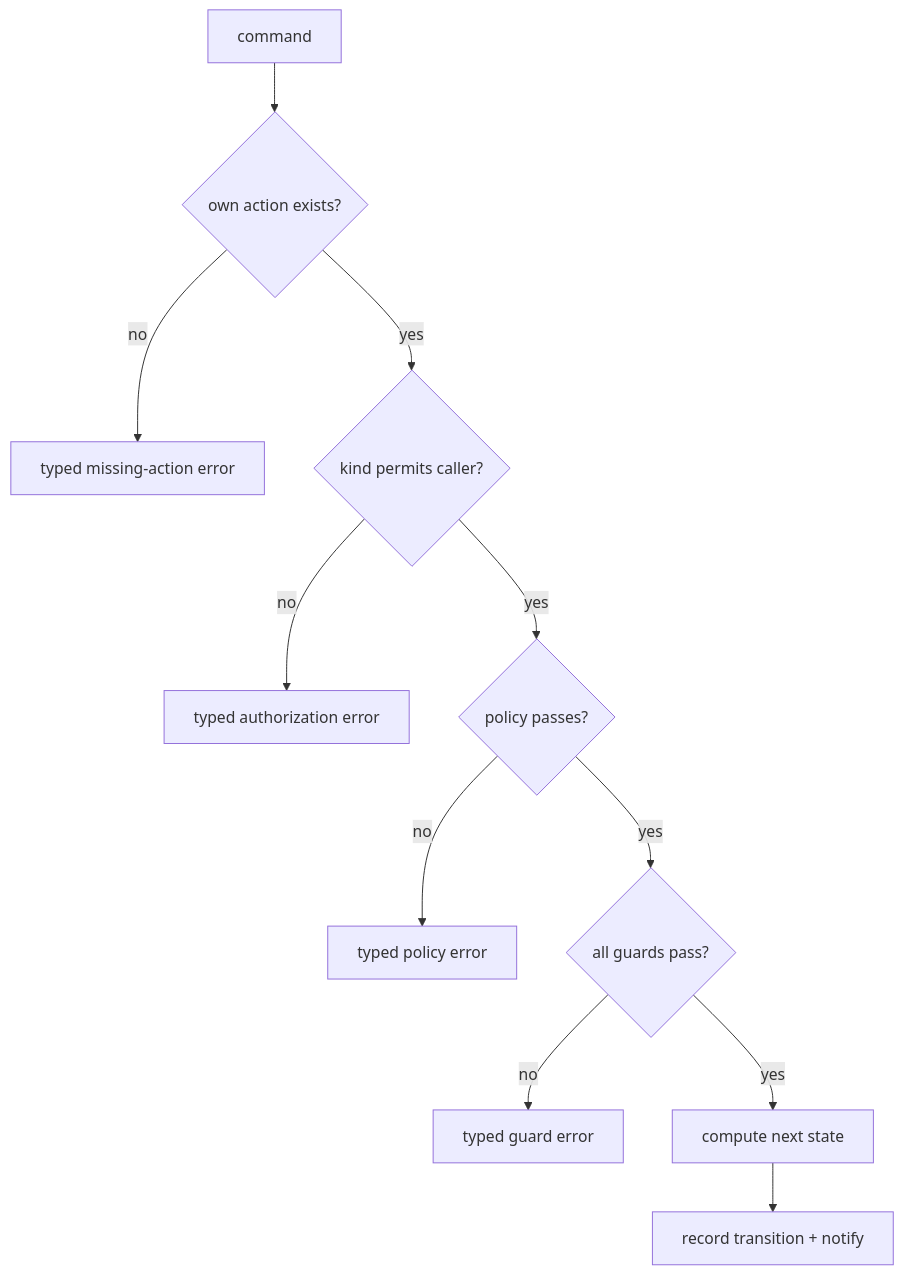
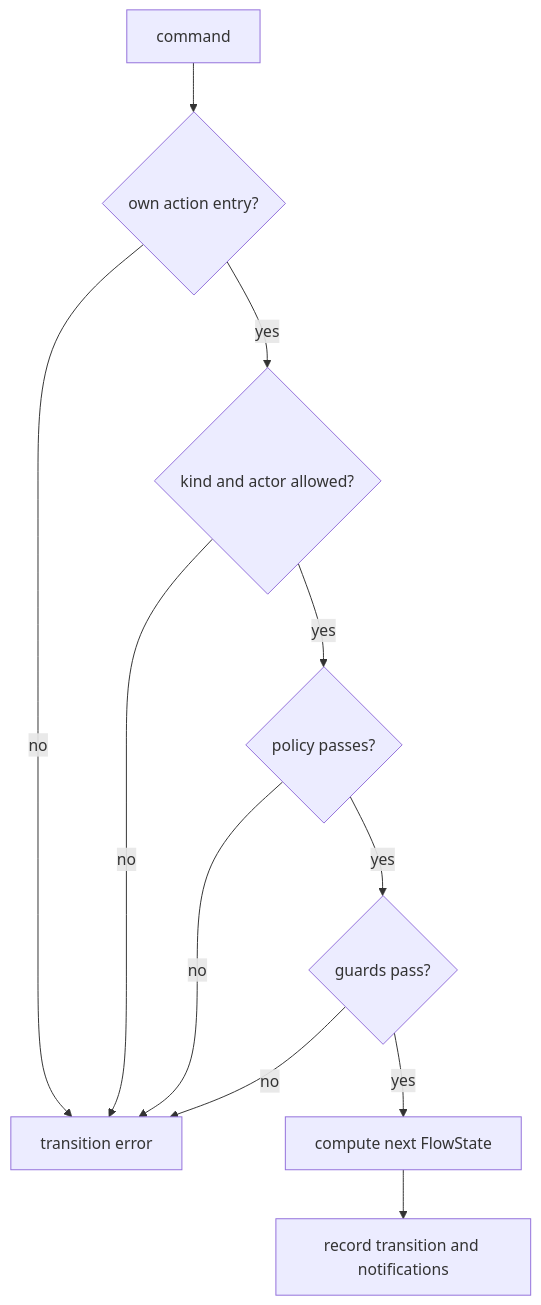
Before and after one commit to teopeurt/flowkit: the fifth of 10 diagrams in docs/definitions-deep-dive.md, drawn with Mermaid. The commit also changed other lines of this file and 1 other file, not shown here.

````diff
--- a/docs/definitions-deep-dive.md
+++ b/docs/definitions-deep-dive.md
@@ -119,13 +109,13 @@
 ```mermaid
 flowchart TD
-  C[command] --> A{own action exists?}
-  A -- no --> E1[typed missing-action error]
-  A -- yes --> K{kind permits caller?}
-  K -- no --> E2[typed authorization error]
-  K -- yes --> P{policy passes?}
-  P -- no --> E3[typed policy error]
-  P -- yes --> G{all guards pass?}
-  G -- no --> E4[typed guard error]
-  G -- yes --> T[compute next state]
-  T --> N[record transition + notify]
+ C[command] --> O{own action entry?}
+ O -- no --> E[transition error]
+ O -- yes --> K{kind and actor allowed?}
+ K -- no --> E
+ K -- yes --> P{policy passes?}
+ P -- no --> E
+ P -- yes --> G{guards pass?}
+ G -- no --> E
+ G -- yes --> T[compute next FlowState]
+ T --> N[record transition and notifications]
 ```
````
